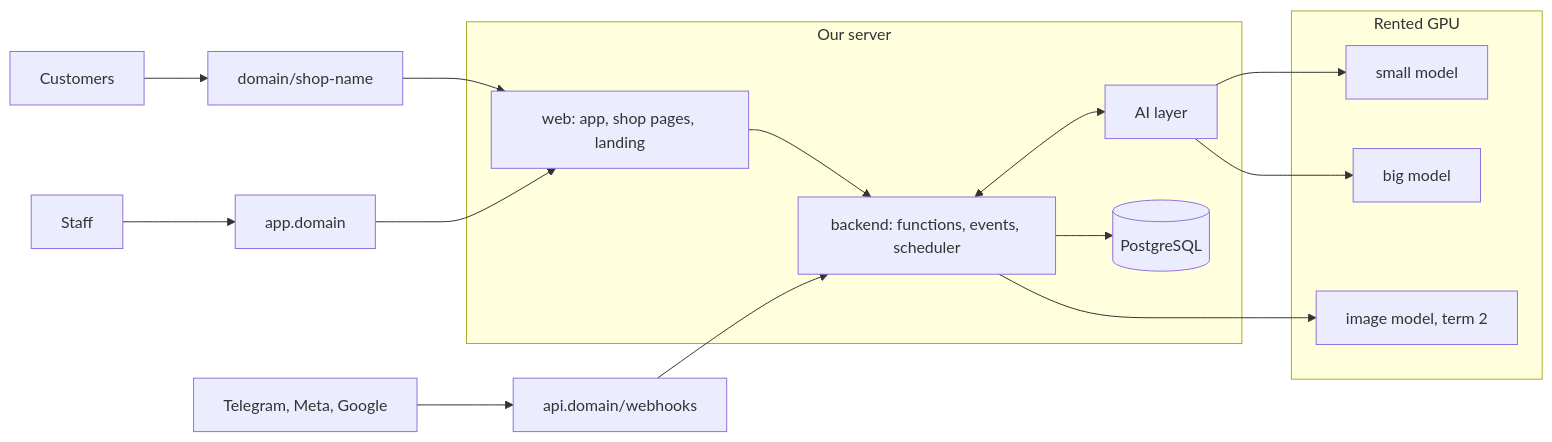
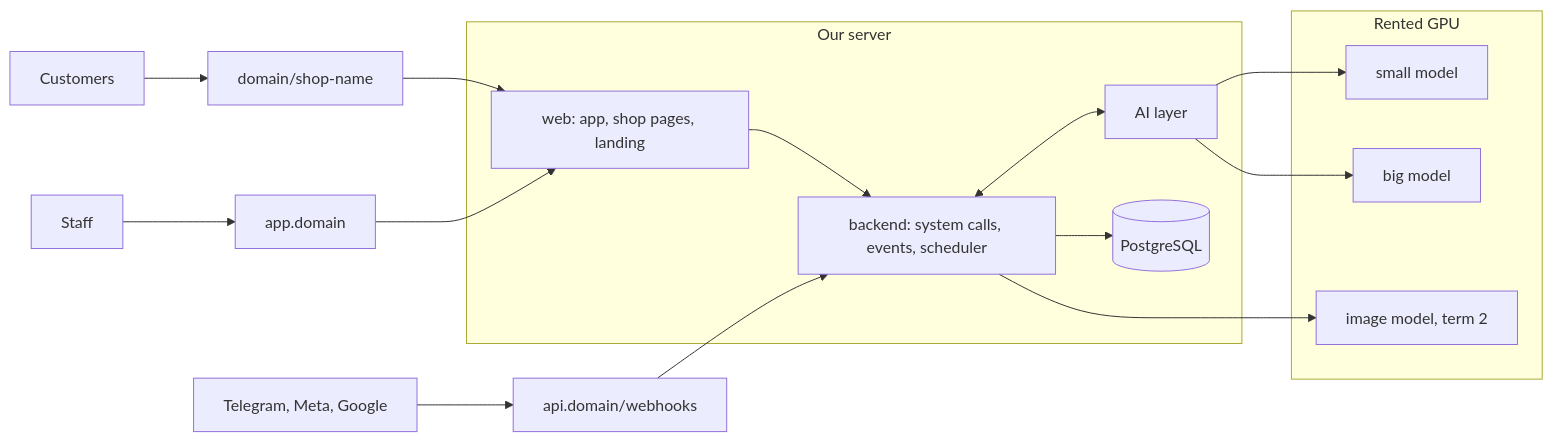
One commit to puagraduationproject/graduationproject changed diagram 11 of 11 in technical-structure.md. Above: the diagram before and after it, drawn with Mermaid. The commit also changed other lines of this file and 2 other files, not shown here.

Commit message:
Design: functions are now system calls, and adapters are drivers

````diff
--- a/technical-structure.md
+++ b/technical-structure.md
@@ -2037,24 +2039,24 @@
 ```mermaid
 flowchart LR
   CU["Customers"] --> SHOP["domain/shop-name"]
   SF["Staff"] --> APPD["app.domain"]
   EXT["Telegram, Meta, Google"] --> HOOK["api.domain/webhooks"]
   subgraph SRV["Our server"]
     WEB["web: app, shop pages, landing"]
-    API["backend: functions, events, scheduler"]
+    API["backend: system calls, events, scheduler"]
     AGT["AI layer"]
     PG[("PostgreSQL")]
   end
   subgraph GPU["Rented GPU"]
     M1["small model"]
     M2["big model"]
     M3["image model, term 2"]
   end
   SHOP & APPD --> WEB
   WEB --> API
   HOOK --> API
   API --> PG
   API <--> AGT
   AGT --> M1 & M2
   API --> M3
 ```
````
